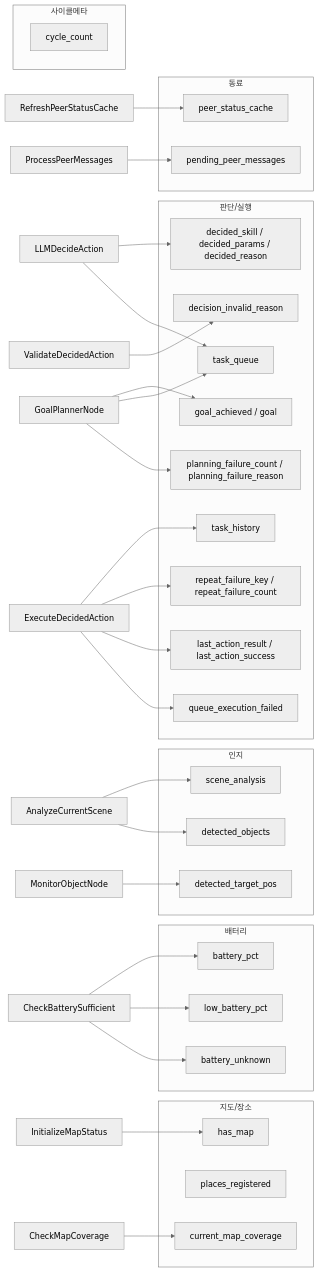
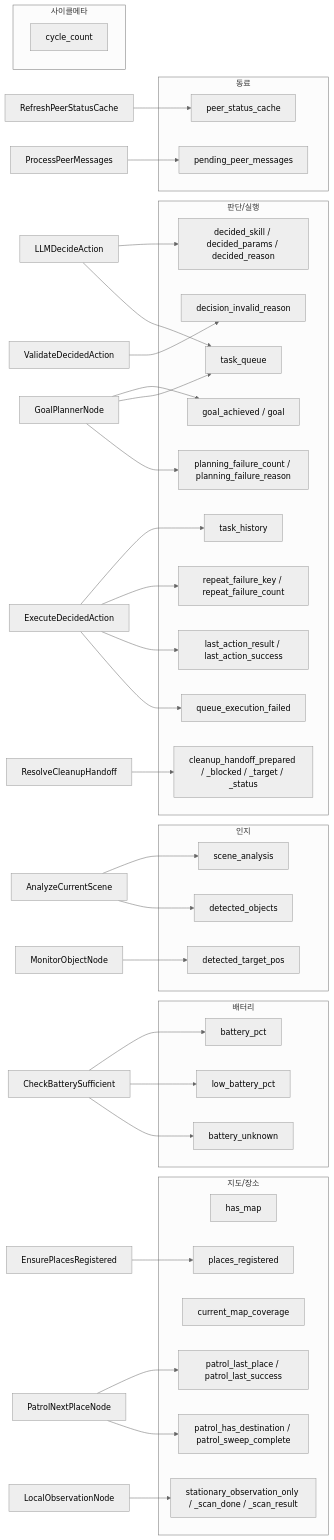
Before and after one commit to Open-Edge-Robotics/A.RobotAI-Robot-RoboClaw: the first of 2 diagrams in docs/behavior-tree/04-node-catalog.md, drawn with Mermaid (neutral theme). The commit also changed other lines of this file and 7 other files, not shown here.

````diff
--- a/docs/behavior-tree/04-node-catalog.md
+++ b/docs/behavior-tree/04-node-catalog.md
@@ -74,48 +80,54 @@
 ```mermaid
 flowchart LR
     subgraph 사이클메타
         cc["cycle_count"]
     end
     subgraph 지도/장소
         hm["has_map"]
         pr["places_registered"]
         cov["current_map_coverage"]
+        plp["patrol_last_place / patrol_last_success"]
+        psp["patrol_has_destination / patrol_sweep_complete"]
+        so["stationary_observation_only / _scan_done / _scan_result"]
     end
     subgraph 배터리
         bp["battery_pct"]
         lbp["low_battery_pct"]
         bu["battery_unknown"]
     end
     subgraph 인지
         sa["scene_analysis"]
         do["detected_objects"]
         dtp["detected_target_pos"]
     end
     subgraph 판단/실행
         ds["decided_skill / decided_params / decided_reason"]
         tq["task_queue"]
         th["task_history"]
         dir["decision_invalid_reason"]
         rfc["repeat_failure_key / repeat_failure_count"]
         ga["goal_achieved / goal"]
         pf["planning_failure_count / planning_failure_reason"]
         qef["queue_execution_failed"]
         lar["last_action_result / last_action_success"]
+        ch["cleanup_handoff_prepared / _blocked / _target / _status"]
     end
     subgraph 동료
         psc["peer_status_cache"]
         ppm["pending_peer_messages"]
     end
 
-    InitializeMapStatus --> hm
-    CheckMapCoverage --> cov
+    EnsurePlacesRegistered --> pr
+    PatrolNextPlaceNode --> plp & psp
+    LocalObservationNode --> so
+    ResolveCleanupHandoff --> ch
     CheckBatterySufficient --> bp & lbp & bu
     AnalyzeCurrentScene --> sa & do
     MonitorObjectNode --> dtp
     LLMDecideAction --> ds & tq
     ExecuteDecidedAction --> th & rfc & lar & qef
     ValidateDecidedAction --> dir
     RefreshPeerStatusCache --> psc
     ProcessPeerMessages --> ppm
     GoalPlannerNode --> ga & tq & pf
 ```
````
